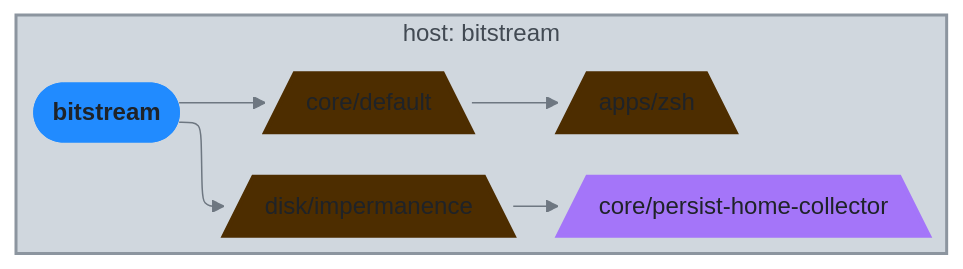
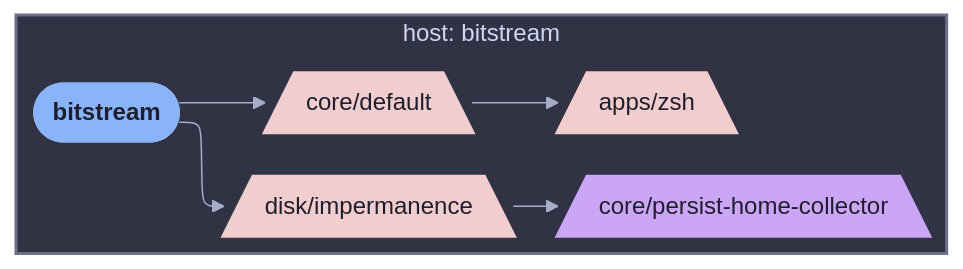
One commit to sini/nix-config changed the diagram in diagrams/hosts/bitstream/class-homeManager.md. Above: the diagram before and after it, drawn with Mermaid. The commit also changed 142 other files, not shown here.

First line of the commit message:
feat(diagrams): use projectScope for per-host/user views

````diff
--- a/diagrams/hosts/bitstream/class-homeManager.md
+++ b/diagrams/hosts/bitstream/class-homeManager.md
@@ -5,28 +5,28 @@
 ```mermaid
-%%{init: {"elk":{"mergeEdges":true,"nodePlacementStrategy":"BRANDES_KOEPF"},"flowchart":{"wrappingWidth":600},"layout":"elk","theme":"base","themeVariables":{"activationBkgColor":"#d0d7de","activationBorderColor":"#8c959f","actorBkg":"#d0d7de","actorBorder":"#6e7781","actorLineColor":"#6e7781","actorTextColor":"#424a53","background":"#eaeef2","classText":"#424a53","clusterBkg":"#d0d7de","clusterBorder":"#8c959f","edgeLabelBackground":"#eaeef2","labelBoxBkgColor":"#d0d7de","labelBoxBorderColor":"#6e7781","labelTextColor":"#424a53","lineColor":"#6e7781","loopTextColor":"#424a53","mainBkg":"#d0d7de","nodeBkg":"#d0d7de","nodeBorder":"#6e7781","nodeTextColor":"#424a53","noteBkgColor":"#d0d7de","noteBorderColor":"#8c959f","noteTextColor":"#424a53","pie1":"#fa4549","pie2":"#e16f24","pie3":"#bf8700","pie4":"#2da44e","pie5":"#339D9B","pie6":"#218bff","pie7":"#a475f9","pie8":"#4d2d00","pieLegendTextColor":"#424a53","pieOuterStrokeColor":"#8c959f","pieSectionTextColor":"#424a53","pieStrokeColor":"#8c959f","pieTitleTextColor":"#424a53","primaryBorderColor":"#6e7781","primaryColor":"#d0d7de","primaryTextColor":"#424a53","secondBkg":"#d0d7de","secondaryBorderColor":"#8c959f","secondaryColor":"#d0d7de","secondaryTextColor":"#424a53","sequenceNumberColor":"#eaeef2","signalColor":"#6e7781","signalTextColor":"#424a53","tertiaryBorderColor":"#8c959f","tertiaryColor":"#d0d7de","tertiaryTextColor":"#424a53","textColor":"#424a53","titleColor":"#424a53"}}}%%
+%%{init: {"elk":{"mergeEdges":true,"nodePlacementStrategy":"BRANDES_KOEPF"},"flowchart":{"wrappingWidth":600},"layout":"elk","theme":"base","themeVariables":{"activationBkgColor":"#313244","activationBorderColor":"#6c7086","actorBkg":"#313244","actorBorder":"#a6adc8","actorLineColor":"#a6adc8","actorTextColor":"#cdd6f4","background":"#1e1e2e","classText":"#cdd6f4","clusterBkg":"#313244","clusterBorder":"#6c7086","edgeLabelBackground":"#1e1e2e","labelBoxBkgColor":"#313244","labelBoxBorderColor":"#a6adc8","labelTextColor":"#cdd6f4","lineColor":"#a6adc8","loopTextColor":"#cdd6f4","mainBkg":"#313244","nodeBkg":"#313244","nodeBorder":"#a6adc8","nodeTextColor":"#cdd6f4","noteBkgColor":"#313244","noteBorderColor":"#6c7086","noteTextColor":"#cdd6f4","pie1":"#f38ba8","pie2":"#fab387","pie3":"#f9e2af","pie4":"#a6e3a1","pie5":"#94e2d5","pie6":"#89b4fa","pie7":"#cba6f7","pie8":"#f2cdcd","pieLegendTextColor":"#cdd6f4","pieOuterStrokeColor":"#6c7086","pieSectionTextColor":"#cdd6f4","pieStrokeColor":"#6c7086","pieTitleTextColor":"#cdd6f4","primaryBorderColor":"#a6adc8","primaryColor":"#313244","primaryTextColor":"#cdd6f4","secondBkg":"#313244","secondaryBorderColor":"#6c7086","secondaryColor":"#313244","secondaryTextColor":"#cdd6f4","sequenceNumberColor":"#1e1e2e","signalColor":"#a6adc8","signalTextColor":"#cdd6f4","tertiaryBorderColor":"#6c7086","tertiaryColor":"#313244","tertiaryTextColor":"#cdd6f4","textColor":"#cdd6f4","titleColor":"#cdd6f4"}}}%%
 graph LR
   bitstream([bitstream]):::root
 
   subgraph ctx_host_bitstream["host: bitstream"]
   core__default[/"core/default"\]:::core__default_c
   disk__impermanence[/"disk/impermanence"\]:::disk__impermanence_c
   core__persist_home_collector[/"core/persist-home-collector"\]:::core__persist_home_collector_c
   apps__zsh[/"apps/zsh"\]:::apps__zsh_c
   bitstream --> core__default
   bitstream --> disk__impermanence
   core__default --> apps__zsh
   disk__impermanence --> core__persist_home_collector
   end
 
 
-  classDef root fill:#218bff,stroke:#218bff,color:#1f2328,font-weight:bold
-  classDef apps_c fill:#2da44e,stroke:#2da44e,color:#1f2328,stroke-dasharray: 3 3,stroke-width:1px
-  classDef bitstream_c fill:#a475f9,stroke:#a475f9,color:#1f2328,stroke-width:3px
-  classDef core_c fill:#bf8700,stroke:#bf8700,color:#1f2328,stroke-dasharray: 3 3,stroke-width:1px
-  classDef core__default_c fill:#4d2d00,stroke:#4d2d00,color:#1f2328,stroke-width:3px
-  classDef disk_c fill:#2da44e,stroke:#2da44e,color:#1f2328,stroke-dasharray: 3 3,stroke-width:1px
-  classDef disk__impermanence_c fill:#4d2d00,stroke:#4d2d00,color:#1f2328,stroke-width:3px
-  classDef core__persist_home_collector_c fill:#a475f9,stroke:#a475f9,color:#1f2328,stroke-width:3px
-  classDef apps__zsh_c fill:#4d2d00,stroke:#4d2d00,color:#1f2328,stroke-width:3px
-style ctx_host_bitstream fill:#d0d7de,stroke:#8c959f,stroke-width:2px
+  classDef root fill:#89b4fa,stroke:#89b4fa,color:#1e1e2e,font-weight:bold
+  classDef apps_c fill:#a6e3a1,stroke:#a6e3a1,color:#1e1e2e,stroke-dasharray: 3 3,stroke-width:1px
+  classDef bitstream_c fill:#cba6f7,stroke:#cba6f7,color:#1e1e2e,stroke-width:3px
+  classDef core_c fill:#f9e2af,stroke:#f9e2af,color:#1e1e2e,stroke-dasharray: 3 3,stroke-width:1px
+  classDef core__default_c fill:#f2cdcd,stroke:#f2cdcd,color:#1e1e2e,stroke-width:3px
+  classDef disk_c fill:#a6e3a1,stroke:#a6e3a1,color:#1e1e2e,stroke-dasharray: 3 3,stroke-width:1px
+  classDef disk__impermanence_c fill:#f2cdcd,stroke:#f2cdcd,color:#1e1e2e,stroke-width:3px
+  classDef core__persist_home_collector_c fill:#cba6f7,stroke:#cba6f7,color:#1e1e2e,stroke-width:3px
+  classDef apps__zsh_c fill:#f2cdcd,stroke:#f2cdcd,color:#1e1e2e,stroke-width:3px
+style ctx_host_bitstream fill:#313244,stroke:#6c7086,stroke-width:2px
 ```
````
